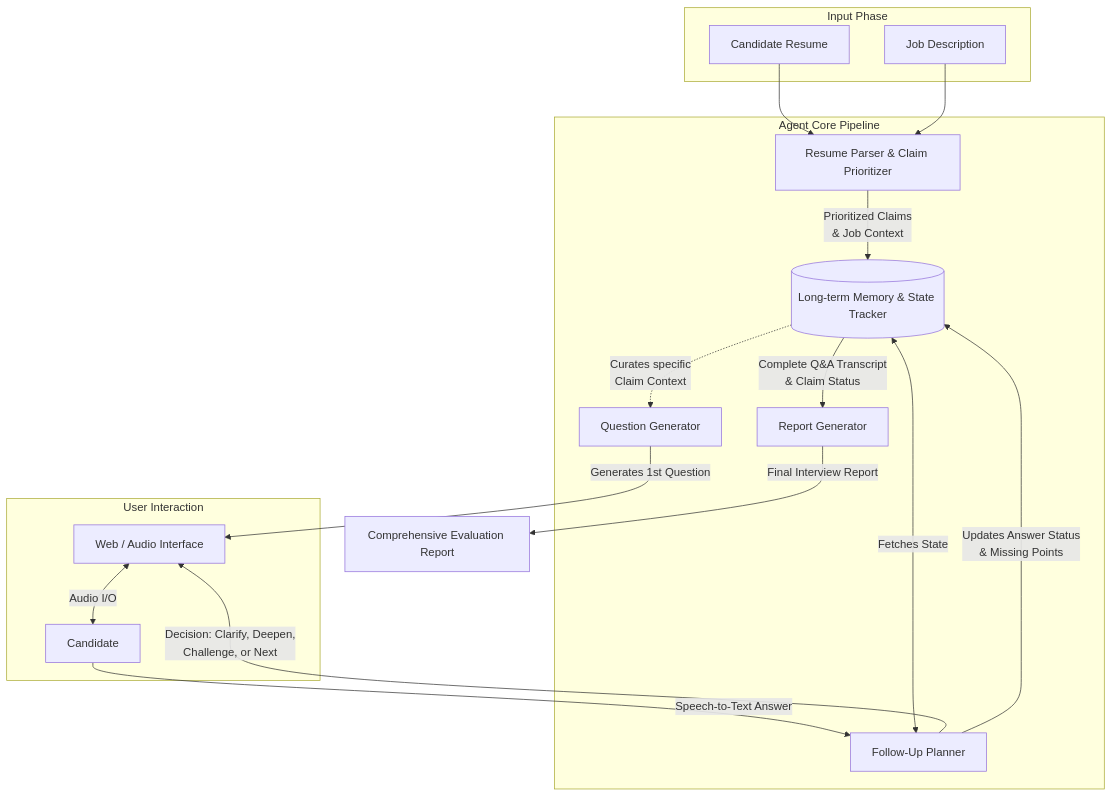
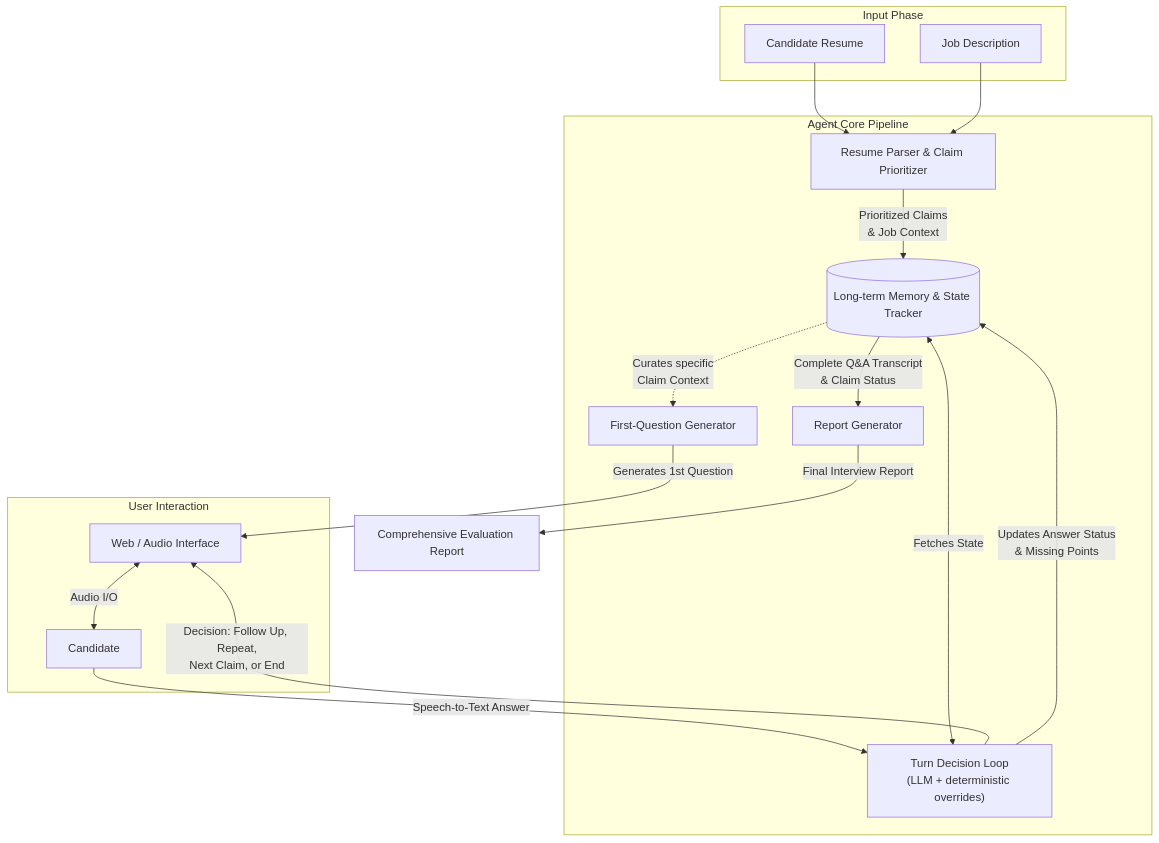
The diagram in README.md (l948931710/AI-tech-interviewer), drawn with Mermaid before and after one commit. The commit also changed other lines of this file and 1 other file, not shown here.

First line of the commit message:
docs: align README & 说明.md with the shipped architecture

````diff
--- a/README.md
+++ b/README.md
@@ -22,37 +23,37 @@
 ```mermaid
 flowchart TD
     subgraph Input Phase
         Resume[Candidate Resume]
         JD[Job Description]
     end
 
     subgraph Agent Core Pipeline
         Parser[Resume Parser & Claim Prioritizer]
         Memory[(Long-term Memory & State Tracker)]
-        InitQ[Question Generator]
-        Planner[Follow-Up Planner]
+        InitQ[First-Question Generator]
+        Engine["Turn Decision Loop<br/>(LLM + deterministic overrides)"]
         ReportGen[Report Generator]
     end
 
     subgraph User Interaction
         FrontEnd[Web / Audio Interface]
         Candidate[Candidate]
     end
 
     Resume --> Parser
     JD --> Parser
     Parser -->|"Prioritized Claims\n& Job Context"| Memory
 
     Memory -.->|"Curates specific\nClaim Context"| InitQ
     InitQ -->|"Generates 1st Question"| FrontEnd
     FrontEnd <-->|"Audio I/O"| Candidate
     
-    Candidate -->|"Speech-to-Text Answer"| Planner
-    Memory <-->|"Fetches State"| Planner
+    Candidate -->|"Speech-to-Text Answer"| Engine
+    Memory <-->|"Fetches State"| Engine
     
-    Planner -->|"Decision: Clarify, Deepen,\nChallenge, or Next"| FrontEnd
-    Planner -->|"Updates Answer Status\n& Missing Points"| Memory
+    Engine -->|"Decision: Follow Up, Repeat,\nNext Claim, or End"| FrontEnd
+    Engine -->|"Updates Answer Status\n& Missing Points"| Memory
     
     Memory -->|"Complete Q&A Transcript\n& Claim Status"| ReportGen
     ReportGen -->|"Final Interview Report"| Result[Comprehensive Evaluation Report]
 ```
````
